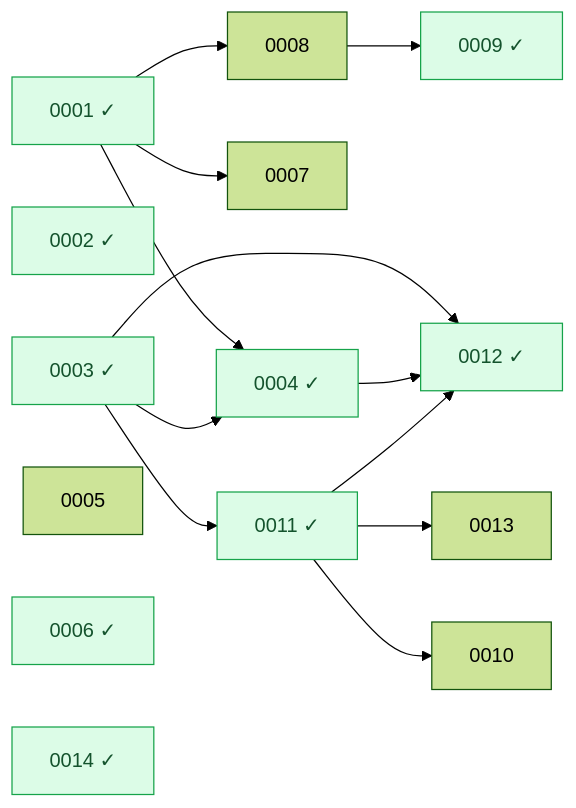
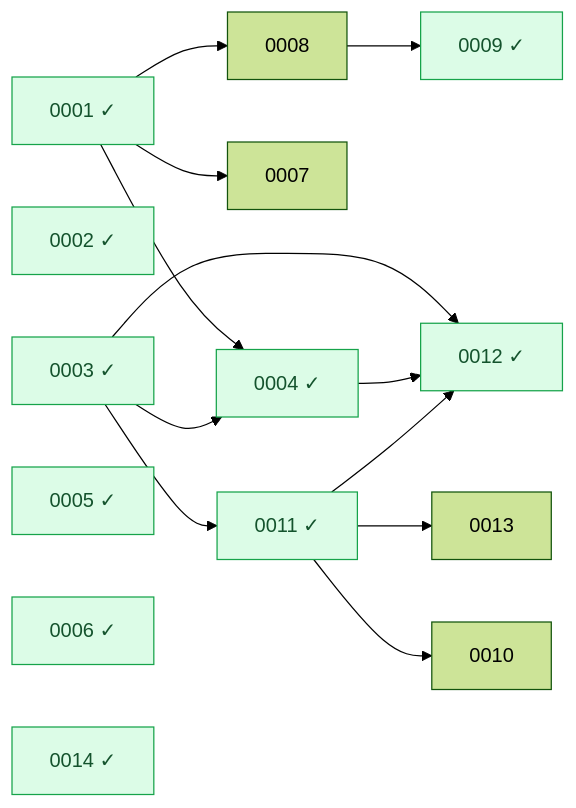
Before and after one commit to Heva-Co/piro: the diagram in docs/rfcs/README.md, drawn with Mermaid (forest theme). The commit also changed other lines of this file and 1 other file, not shown here.

````diff
--- a/docs/rfcs/README.md
+++ b/docs/rfcs/README.md
@@ -38,38 +38,39 @@
 ```mermaid
 graph LR
   n0001["0001 ✓"]
   n0002["0002 ✓"]
   n0003["0003 ✓"]
   n0004["0004 ✓"]
-  n0005["0005"]
+  n0005["0005 ✓"]
   n0006["0006 ✓"]
   n0007["0007"]
   n0008["0008"]
   n0009["0009 ✓"]
   n0010["0010"]
   n0011["0011 ✓"]
   n0012["0012 ✓"]
   n0013["0013"]
   n0014["0014 ✓"]
   n0001 --> n0004
   n0003 --> n0004
   n0001 --> n0007
   n0001 --> n0008
   n0008 --> n0009
   n0011 --> n0010
   n0003 --> n0011
   n0003 --> n0012
   n0004 --> n0012
   n0011 --> n0012
   n0011 --> n0013
   classDef done fill:#dcfce7,stroke:#16a34a,color:#14532d;
   class n0001 done;
   class n0002 done;
   class n0003 done;
   class n0004 done;
+  class n0005 done;
   class n0006 done;
   class n0009 done;
   class n0011 done;
   class n0012 done;
   class n0014 done;
 ```
````
